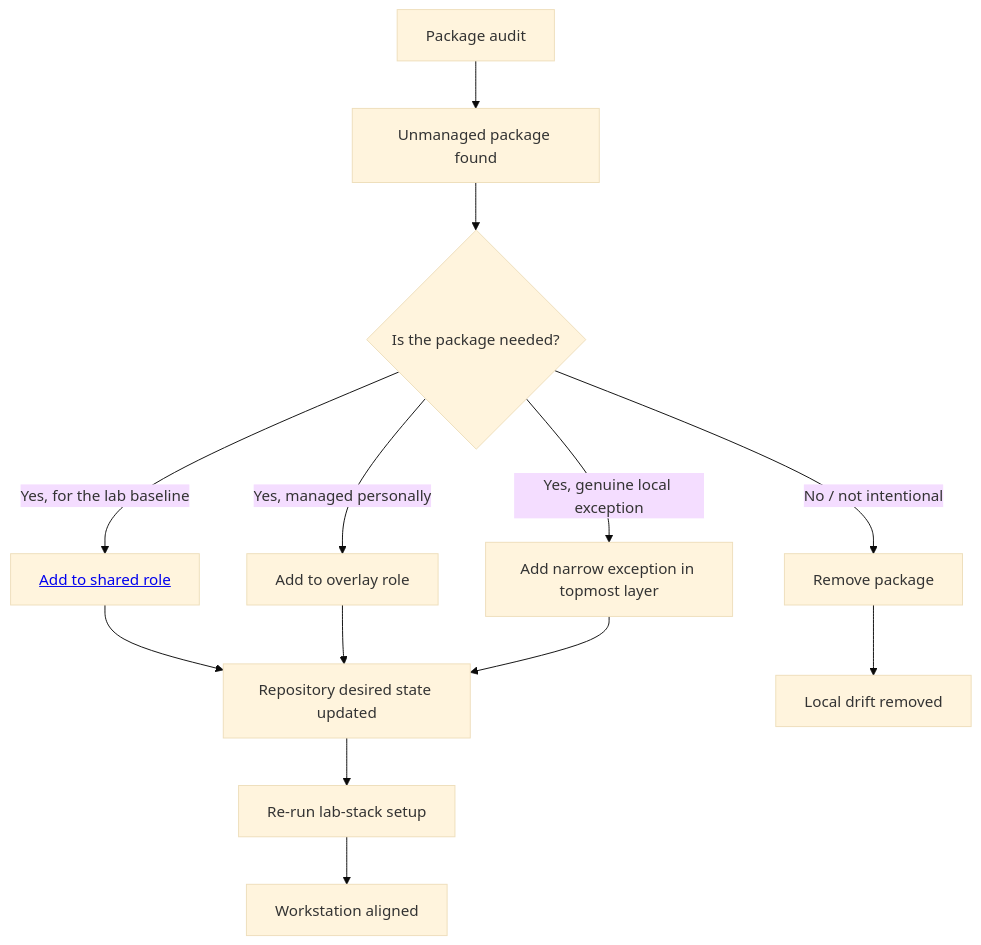
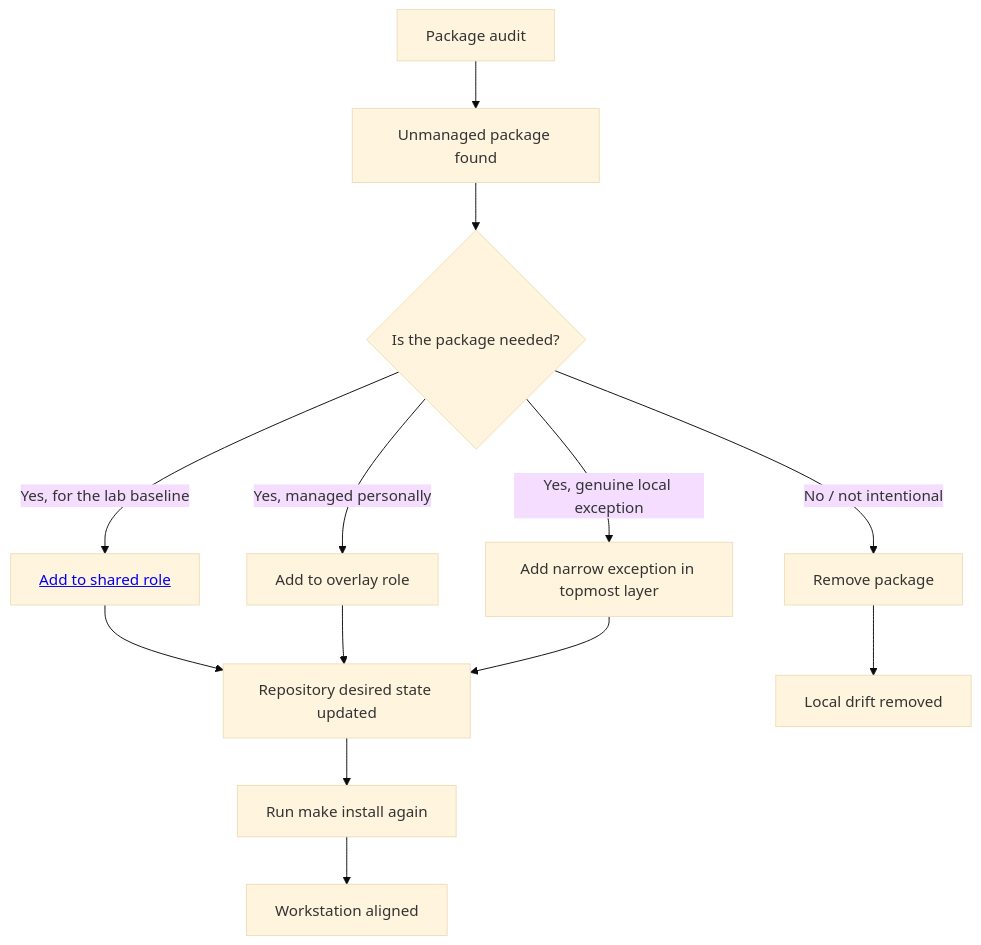
One commit to fs-ise/workstation-setup changed the diagram in docs/update_software.qmd. Above: the diagram before and after it, drawn with Mermaid (base theme). The commit also changed other lines of this file and 7 other files, not shown here.

Commit message:
feat(make): add install and audit workflow targets

````diff
--- a/docs/update_software.qmd
+++ b/docs/update_software.qmd
@@ -92,19 +92,19 @@
 ```{mermaid}
 flowchart TD
   A[Package audit] --> F[Unmanaged package found]
 
   F --> Q{Is the package needed?}
 
   Q -->|No / not intentional| R[Remove package]
   Q -->|Yes, for the lab baseline| M["<a href='https://github.com/fs-ise/workstation-setup/tree/main/roles' target=_blank>Add to shared role</a>"]
   Q -->|Yes, managed personally| O[Add to overlay role]
   Q -->|Yes, genuine local exception| L[Add narrow exception in topmost layer]
 
   M --> DS[Repository desired state updated]
   O --> DS
   L --> DS
   R --> C[Local drift removed]
 
-  DS --> U[Re-run lab-stack setup]
+  DS --> U[Run make install again]
   U --> W[Workstation aligned]
 ```
````
